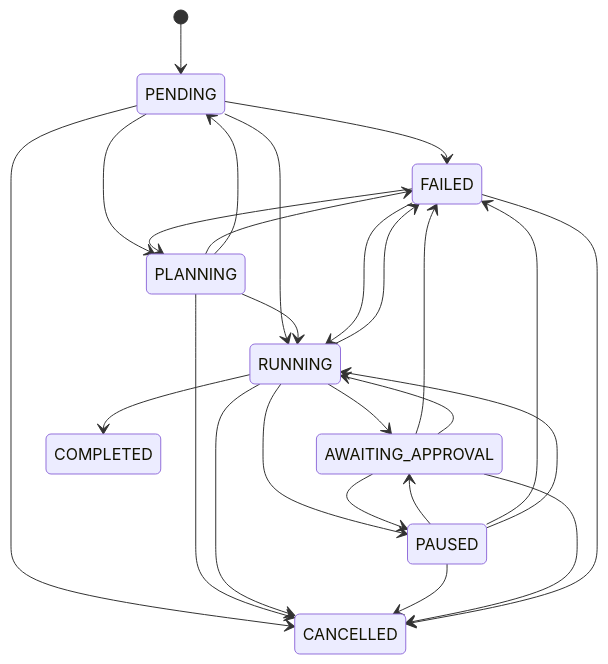
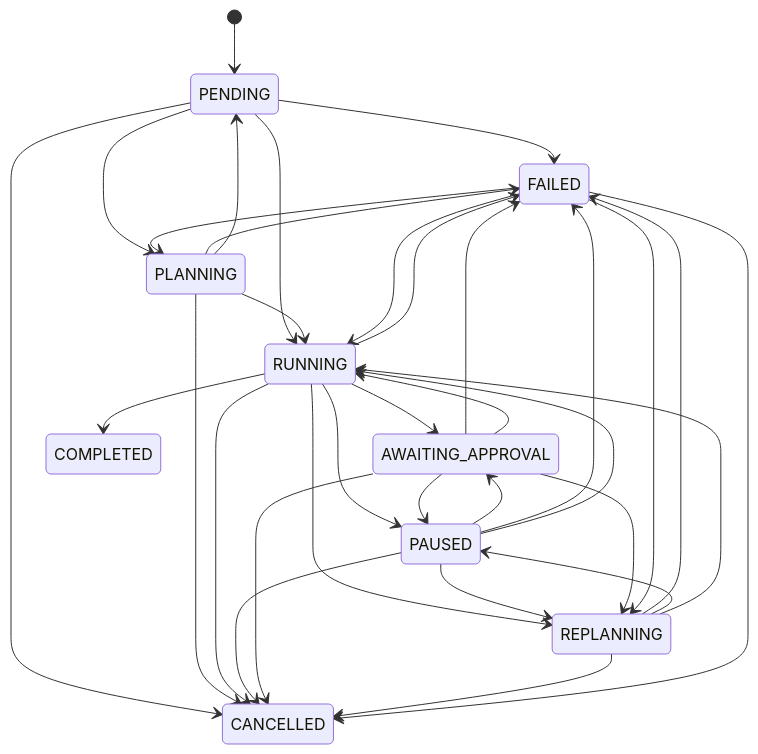
Before and after one commit to ghosttech07/AgentFlow: the first of 5 diagrams in docs/ARCHITECTURE.md, drawn with Mermaid. The commit also changed other lines of this file and 16 other files, not shown here.

Commit message:
Part 10 T4-T6: clock-free retry/expiry tests (widened windows reverted); migration 0008 (loop/branch/replan columns, task-less approvals, plan_versions, memories + FTS), REPLANNING / SUPERSEDED states + diagrams; safe condition language

````diff
--- a/docs/ARCHITECTURE.md
+++ b/docs/ARCHITECTURE.md
@@ -60,28 +60,36 @@
 ```mermaid
 stateDiagram-v2
     [*] --> PENDING
     PENDING --> CANCELLED
     PENDING --> FAILED
     PENDING --> PLANNING
     PENDING --> RUNNING
     PLANNING --> CANCELLED
     PLANNING --> FAILED
     PLANNING --> PENDING
     PLANNING --> RUNNING
     RUNNING --> AWAITING_APPROVAL
     RUNNING --> CANCELLED
     RUNNING --> COMPLETED
     RUNNING --> FAILED
     RUNNING --> PAUSED
+    RUNNING --> REPLANNING
     PAUSED --> AWAITING_APPROVAL
     PAUSED --> CANCELLED
     PAUSED --> FAILED
+    PAUSED --> REPLANNING
     PAUSED --> RUNNING
     AWAITING_APPROVAL --> CANCELLED
     AWAITING_APPROVAL --> FAILED
     AWAITING_APPROVAL --> PAUSED
+    AWAITING_APPROVAL --> REPLANNING
     AWAITING_APPROVAL --> RUNNING
+    REPLANNING --> CANCELLED
+    REPLANNING --> FAILED
+    REPLANNING --> PAUSED
+    REPLANNING --> RUNNING
     FAILED --> CANCELLED
     FAILED --> PLANNING
+    FAILED --> REPLANNING
     FAILED --> RUNNING
 ```
````
